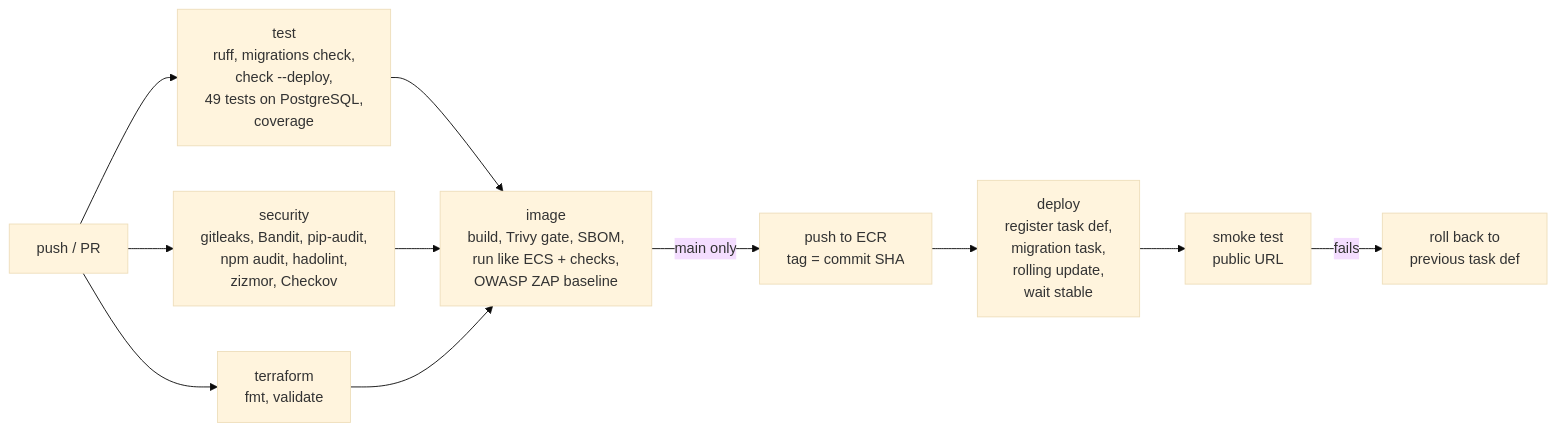
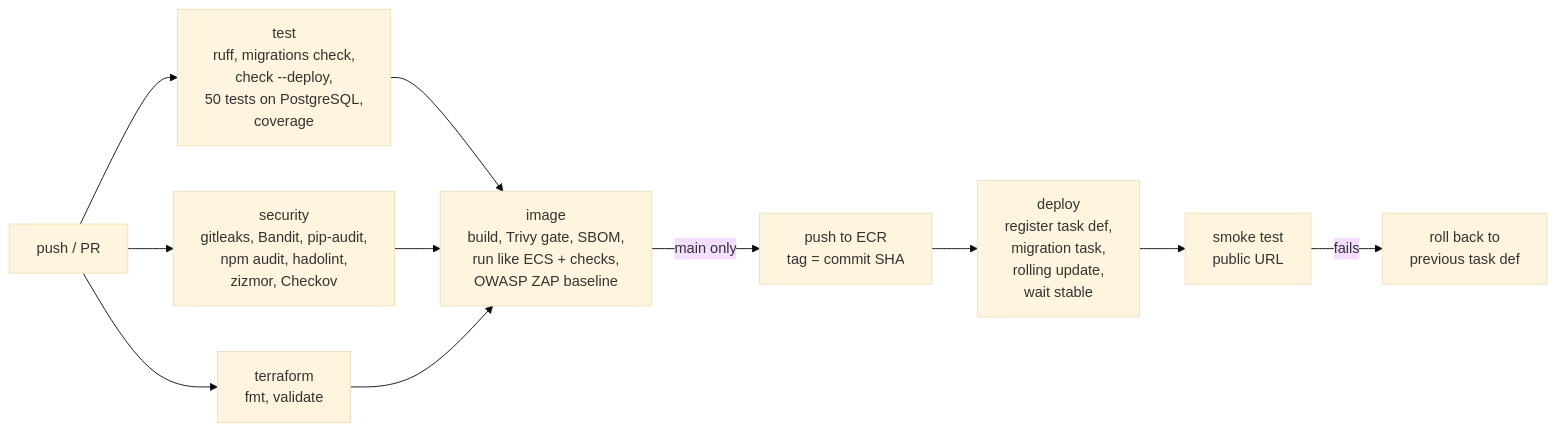
One commit to rayenmabrouk/EPIConnect changed the third of 3 diagrams in docs/ARCHITECTURE.md. Above: the diagram before and after it, drawn with Mermaid (base theme). The commit also changed 3 other files, not shown here.

````diff
--- a/docs/ARCHITECTURE.md
+++ b/docs/ARCHITECTURE.md
@@ -199,11 +199,11 @@
 ```mermaid
 flowchart LR
-    push["push / PR"] --> test["test<br/>ruff, migrations check,<br/>check --deploy,<br/>49 tests on PostgreSQL,<br/>coverage"]
+    push["push / PR"] --> test["test<br/>ruff, migrations check,<br/>check --deploy,<br/>50 tests on PostgreSQL,<br/>coverage"]
     push --> sec["security<br/>gitleaks, Bandit, pip-audit,<br/>npm audit, hadolint,<br/>zizmor, Checkov"]
     push --> tf["terraform<br/>fmt, validate"]
     test & sec & tf --> image["image<br/>build, Trivy gate, SBOM,<br/>run like ECS + checks,<br/>OWASP ZAP baseline"]
     image -->|main only| ecr["push to ECR<br/>tag = commit SHA"]
     ecr --> deploy["deploy<br/>register task def,<br/>migration task,<br/>rolling update,<br/>wait stable"]
     deploy --> smoke["smoke test<br/>public URL"]
     smoke -->|fails| rollback["roll back to<br/>previous task def"]
 ```
````
